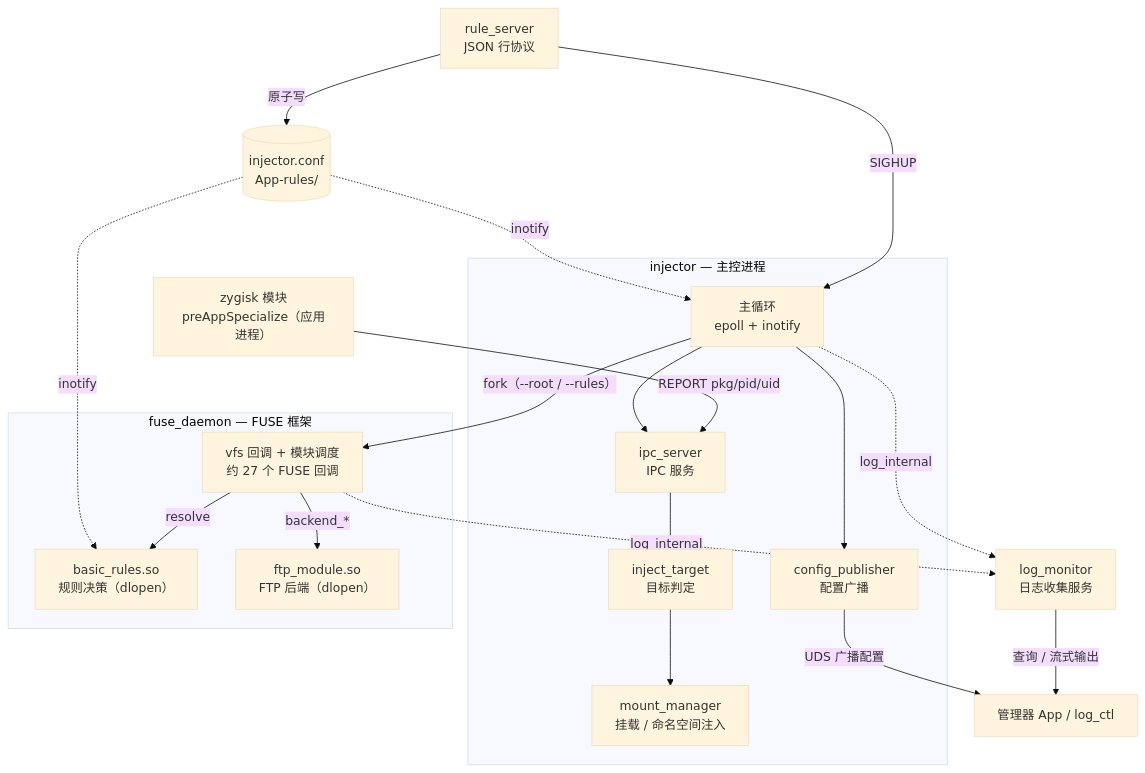
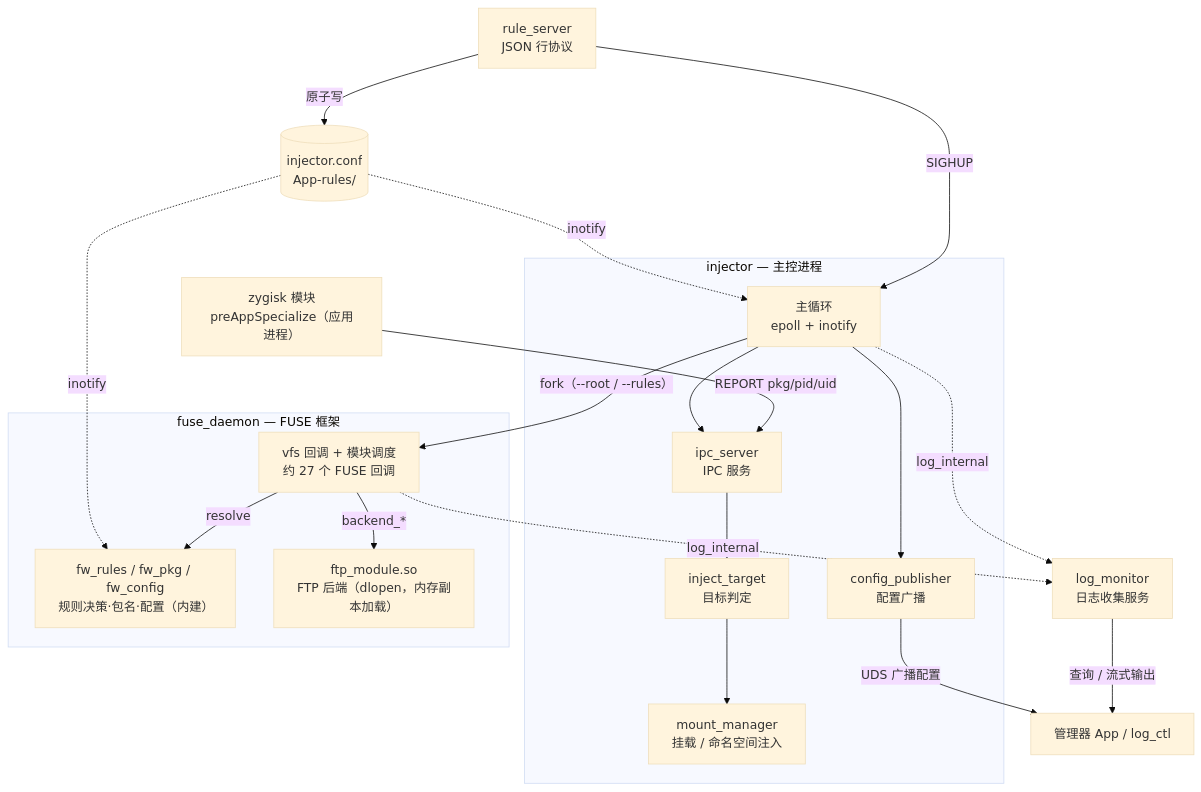
The diagram in docs/architecture.md (huniangitb/Fuse-Proxy), drawn with Mermaid (base theme) before and after one commit. The commit also changed other lines of this file and 47 other files, not shown here.

````diff
--- a/docs/architecture.md
+++ b/docs/architecture.md
@@ -18,38 +18,38 @@
 ```mermaid
 flowchart TB
     zy["zygisk 模块<br/>preAppSpecialize（应用进程）"]
     conf[("injector.conf<br/>App-rules/")]
     rs["rule_server<br/>JSON 行协议"]
     mgr["管理器 App / log_ctl"]
     lm["log_monitor<br/>日志收集服务"]
 
     subgraph inj["injector — 主控进程"]
         core["主循环<br/>epoll + inotify"]
         ipc["ipc_server<br/>IPC 服务"]
         it["inject_target<br/>目标判定"]
         mm["mount_manager<br/>挂载 / 命名空间注入"]
         cp["config_publisher<br/>配置广播"]
     end
 
     subgraph fd["fuse_daemon — FUSE 框架"]
         vfs["vfs 回调 + 模块调度<br/>约 27 个 FUSE 回调"]
-        br["basic_rules.so<br/>规则决策（dlopen）"]
-        ftp["ftp_module.so<br/>FTP 后端（dlopen）"]
+        br["fw_rules / fw_pkg / fw_config<br/>规则决策·包名·配置（内建）"]
+        ftp["ftp_module.so<br/>FTP 后端（dlopen，内存副本加载）"]
     end
 
     zy -->|"REPORT pkg/pid/uid"| ipc
     core --> ipc
     core --> cp
     ipc --> it --> mm
     core -->|"fork（--root / --rules）"| vfs
     vfs -->|"resolve"| br
     vfs -->|"backend_*"| ftp
     rs -->|"原子写"| conf
     rs -->|"SIGHUP"| core
     conf -.->|"inotify"| core
     conf -.->|"inotify"| br
     cp -->|"UDS 广播配置"| mgr
     core -.->|"log_internal"| lm
     vfs -.->|"log_internal"| lm
     lm -->|"查询 / 流式输出"| mgr
 ```
````
